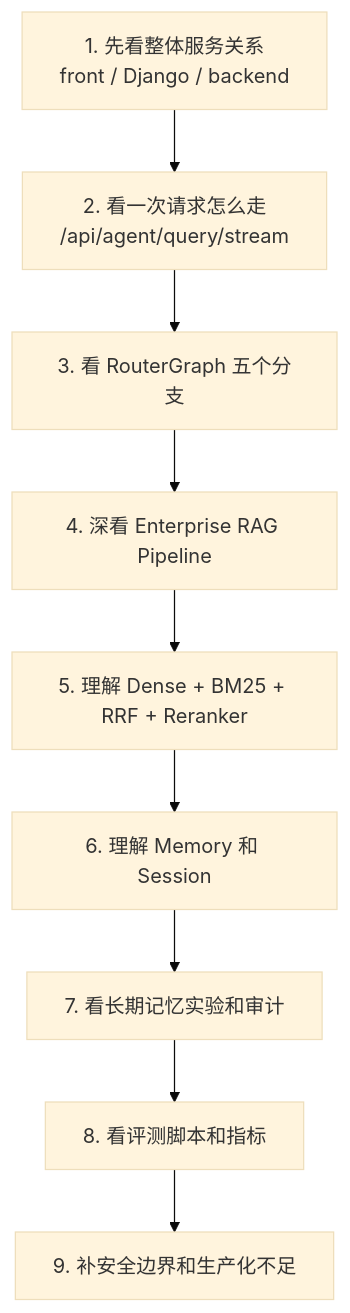
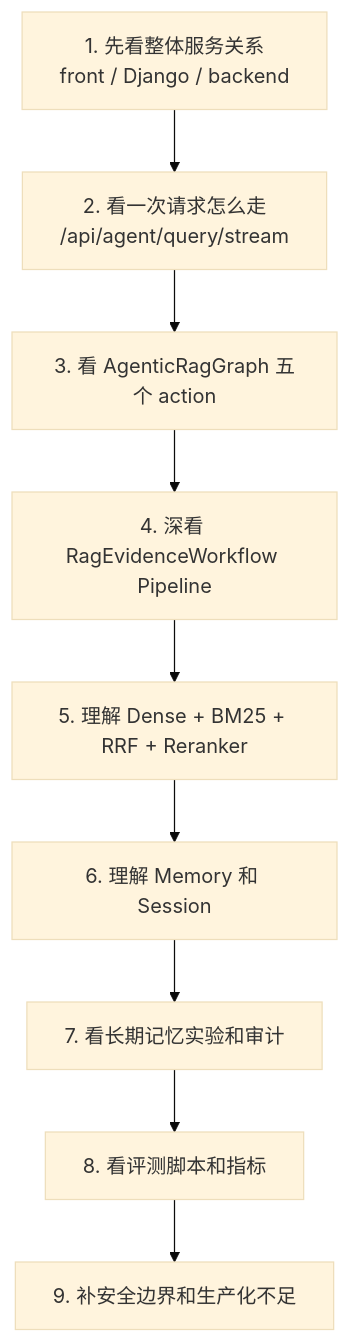
Diagram 26 of 26 in docs/project_guide/NEXUSKB_ARCHITECTURE_DIAGRAMS.md (Aria-doufan/NexusKB-), drawn with Mermaid (base theme) before and after one commit. The commit also changed other lines of this file and 13 other files, not shown here.

Commit message:
Document Agentic RAG mainline ownership

````diff
--- a/docs/project_guide/NEXUSKB_ARCHITECTURE_DIAGRAMS.md
+++ b/docs/project_guide/NEXUSKB_ARCHITECTURE_DIAGRAMS.md
@@ -1159,11 +1169,11 @@
 ```mermaid
 flowchart TD
     S1[1. 先看整体服务关系<br/>front / Django / backend] --> S2[2. 看一次请求怎么走<br/>/api/agent/query/stream]
-    S2 --> S3[3. 看 RouterGraph 五个分支]
-    S3 --> S4[4. 深看 Enterprise RAG Pipeline]
+    S2 --> S3[3. 看 AgenticRagGraph 五个 action]
+    S3 --> S4[4. 深看 RagEvidenceWorkflow Pipeline]
     S4 --> S5[5. 理解 Dense + BM25 + RRF + Reranker]
     S5 --> S6[6. 理解 Memory 和 Session]
     S6 --> S7[7. 看长期记忆实验和审计]
     S7 --> S8[8. 看评测脚本和指标]
     S8 --> S9[9. 补安全边界和生产化不足]
 ```
````
